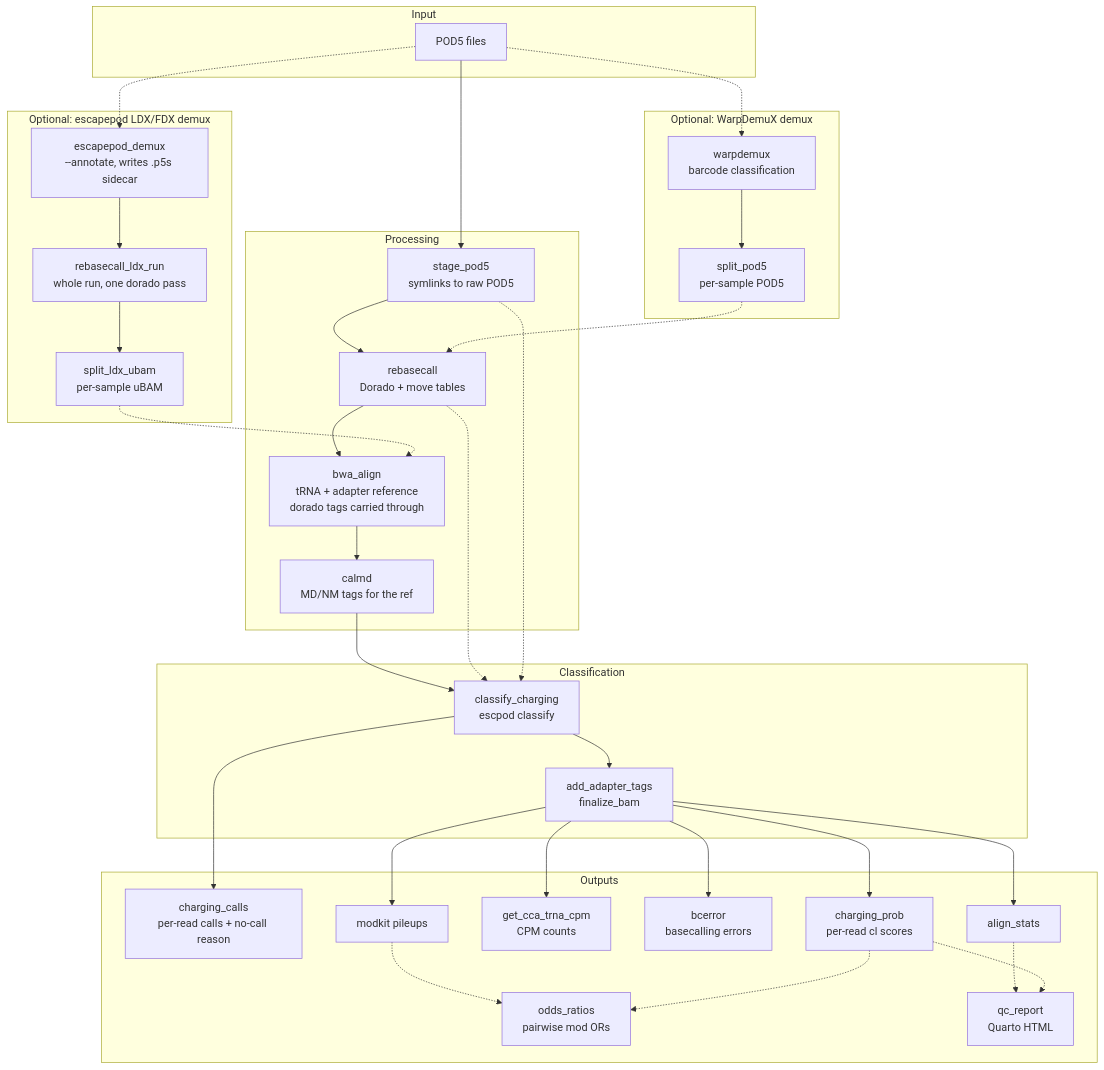
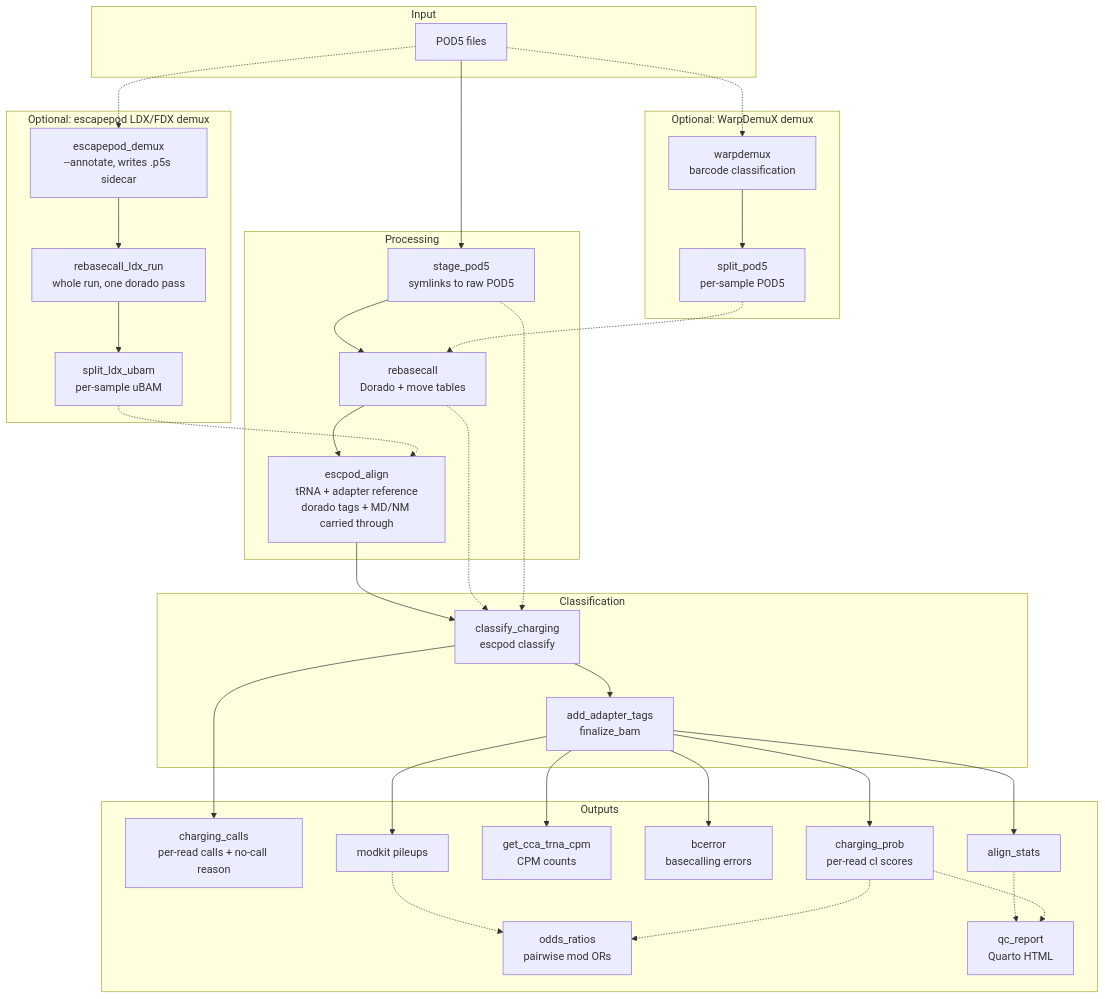
The diagram in README.md (rnabioco/aa-tRNA-seq-pipeline), drawn with Mermaid before and after one commit. The commit also changed other lines of this file and 42 other files, not shown here.

First line of the commit message:
feat(align): replace bwa_align + calmd with escpod align

````diff
--- a/README.md
+++ b/README.md
@@ -96,47 +96,46 @@
 ```mermaid
 flowchart TD
     subgraph Input
         POD5[POD5 files]
     end
 
     subgraph WDX [Optional: WarpDemuX demux]
         W[warpdemux<br/>barcode classification] --> WS[split_pod5<br/>per-sample POD5]
     end
 
     subgraph LDX [Optional: escapepod LDX/FDX demux]
         LD[escapepod_demux<br/>--annotate, writes .p5s sidecar] --> LB[rebasecall_ldx_run<br/>whole run, one dorado pass]
         LB --> LS[split_ldx_ubam<br/>per-sample uBAM]
     end
 
     subgraph Processing
         A[stage_pod5<br/>symlinks to raw POD5] --> B[rebasecall<br/>Dorado + move tables]
-        B --> D[bwa_align<br/>tRNA + adapter reference<br/>dorado tags carried through]
-        D --> CM[calmd<br/>MD/NM tags for the ref]
+        B --> D[escpod_align<br/>tRNA + adapter reference<br/>dorado tags + MD/NM carried through]
     end
 
     subgraph Classification
-        CM --> F[classify_charging<br/>escpod classify]
+        D --> F[classify_charging<br/>escpod classify]
         B -.-> F
         A -.-> F
         F --> G[add_adapter_tags<br/>finalize_bam]
     end
 
     subgraph Outputs
         F --> CC[charging_calls<br/>per-read calls + no-call reason]
         G --> H[charging_prob<br/>per-read cl scores]
         G --> I[get_cca_trna_cpm<br/>CPM counts]
         G --> J[bcerror<br/>basecalling errors]
         G --> K[align_stats]
         G --> L[modkit pileups]
         L -.-> M[odds_ratios<br/>pairwise mod ORs]
         H -.-> M
         K -.-> N[qc_report<br/>Quarto HTML]
         H -.-> N
     end
 
     POD5 --> A
     POD5 -.-> W
     POD5 -.-> LD
     WS -.-> B
     LS -.-> D
 ```
````
